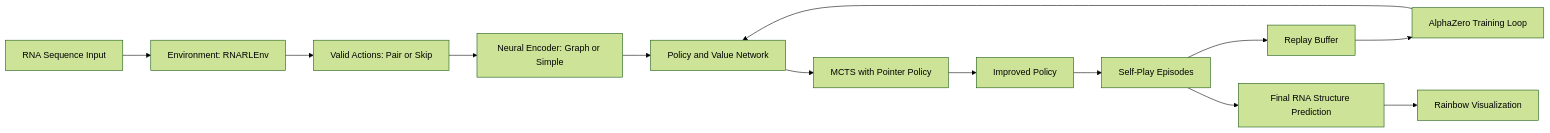
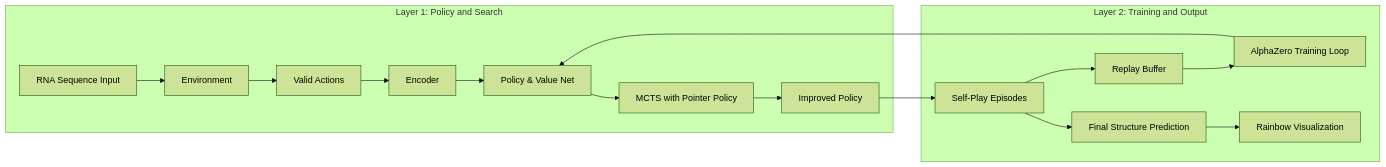
The diagram in README.md (Harry-Du1/Reinforcement-Learning-tool-for-RNA-folding), drawn with Mermaid (forest theme) before and after one commit.

````diff
--- a/README.md
+++ b/README.md
@@ -13,15 +13,20 @@
 ```mermaid
 flowchart LR
-    A[RNA Sequence Input] --> B[Environment: RNARLEnv]
-    B --> C[Valid Actions: Pair or Skip]
-    C --> D[Neural Encoder: Graph or Simple]
-    D --> E[Policy and Value Network]
-    E --> F[MCTS with Pointer Policy]
-    F --> G[Improved Policy]
-    G --> H[Self-Play Episodes]
-    H --> I[Replay Buffer]
-    I --> J[AlphaZero Training Loop]
-    J --> E
-    H --> K[Final RNA Structure Prediction]
-    K --> L[Rainbow Visualization]
+    subgraph L1 [Layer 1: Policy and Search]
+        A[RNA Sequence Input] --> B[Environment]
+        B --> C[Valid Actions]
+        C --> D[Encoder]
+        D --> E[Policy & Value Net]
+        E --> F[MCTS with Pointer Policy]
+        F --> G[Improved Policy]
+    end
+
+    subgraph L2 [Layer 2: Training and Output]
+        G --> H[Self-Play Episodes]
+        H --> I[Replay Buffer]
+        I --> J[AlphaZero Training Loop]
+        J --> E
+        H --> K[Final Structure Prediction]
+        K --> L[Rainbow Visualization]
+    end
 ```
````
